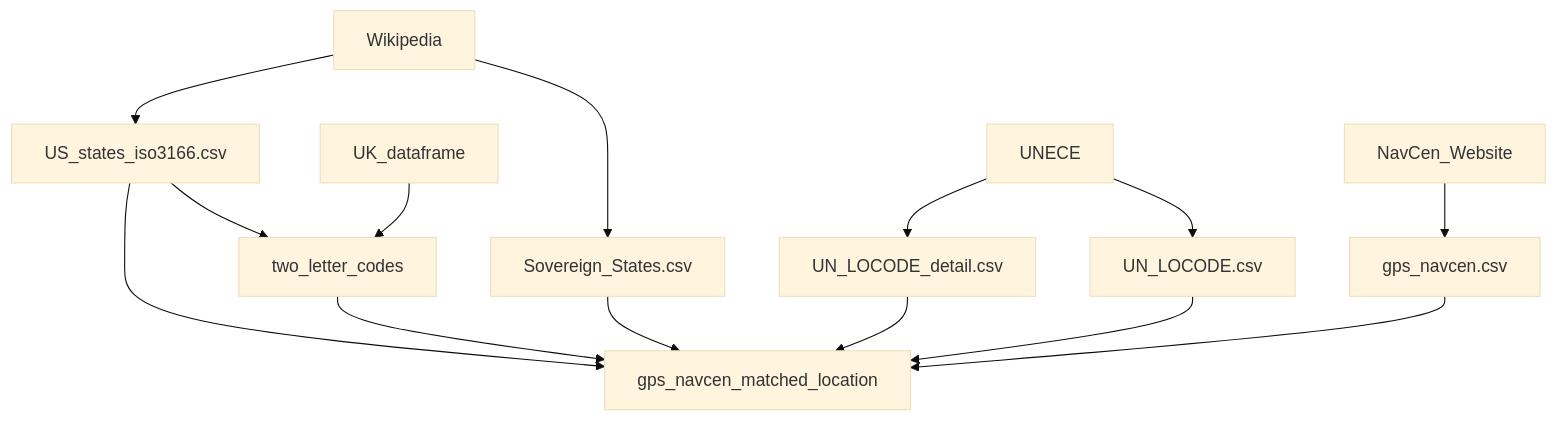
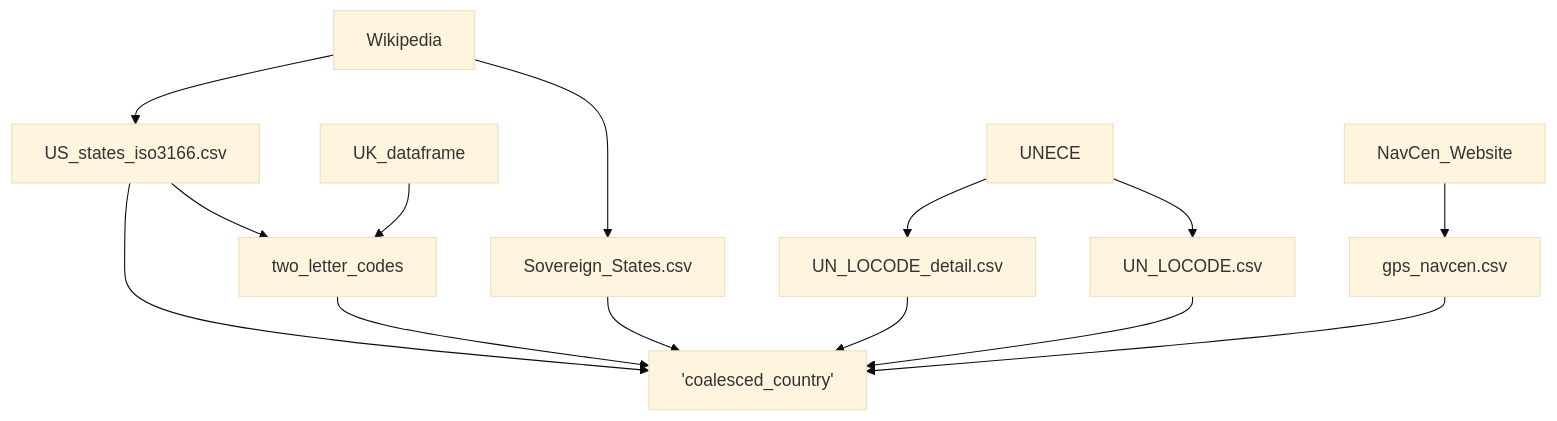
The diagram in README.md (stelios-c/GPS_analysis), drawn with Mermaid (base theme) before and after one commit.

````diff
--- a/README.md
+++ b/README.md
@@ -13,17 +13,17 @@
 ```mermaid
 graph TD;
     NavCen_Website-->gps_navcen.csv;
     Wikipedia--> US_states_iso3166.csv;
     Wikipedia--> Sovereign_States.csv;
     UNECE-->UN_LOCODE_detail.csv
     UNECE-->UN_LOCODE.csv
     US_states_iso3166.csv--> two_letter_codes;
     UK_dataframe--> two_letter_codes;
-    US_states_iso3166.csv-->gps_navcen_matched_location;
-    two_letter_codes-->gps_navcen_matched_location;
-    Sovereign_States.csv-->gps_navcen_matched_location;
-    UN_LOCODE_detail.csv-->gps_navcen_matched_location;
-    UN_LOCODE.csv-->gps_navcen_matched_location;
-    gps_navcen.csv-->gps_navcen_matched_location;
+    US_states_iso3166.csv-->gps_disruption_df['coalesced_country'];
+    two_letter_codes-->gps_disruption_df['coalesced_country'];
+    Sovereign_States.csv-->gps_disruption_df['coalesced_country'];
+    UN_LOCODE_detail.csv-->gps_disruption_df['coalesced_country'];
+    UN_LOCODE.csv-->gps_disruption_df['coalesced_country'];
+    gps_navcen.csv-->gps_disruption_df['coalesced_country'];
     
  ```
````
